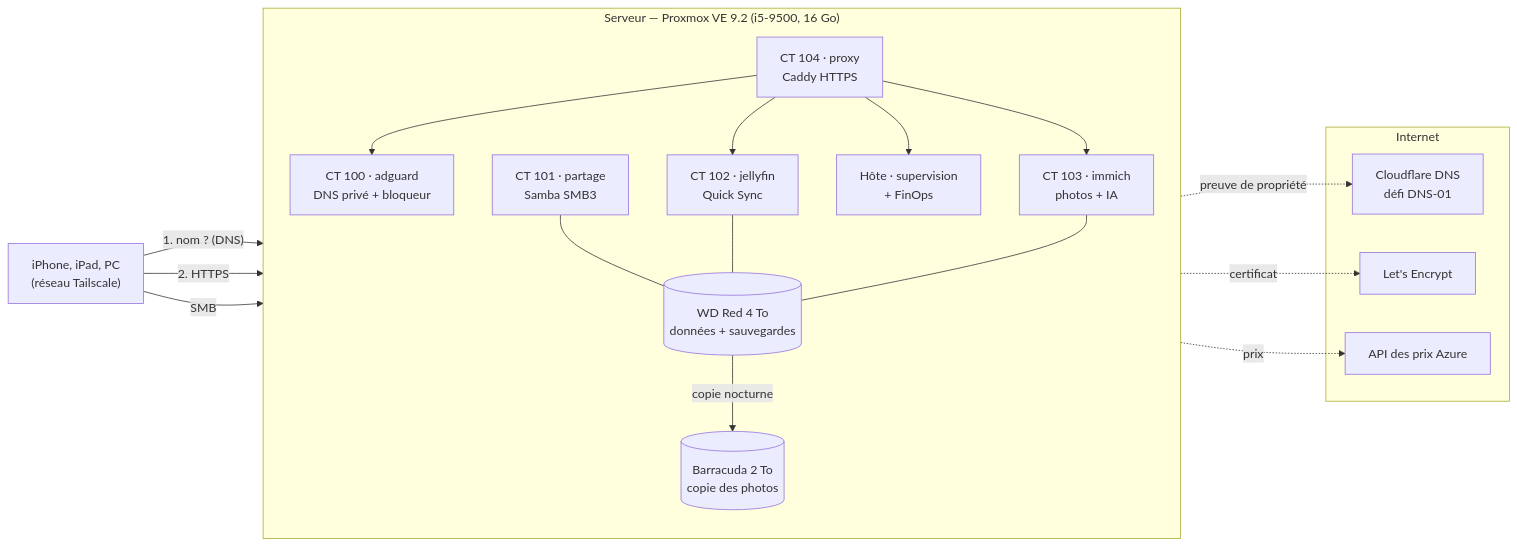
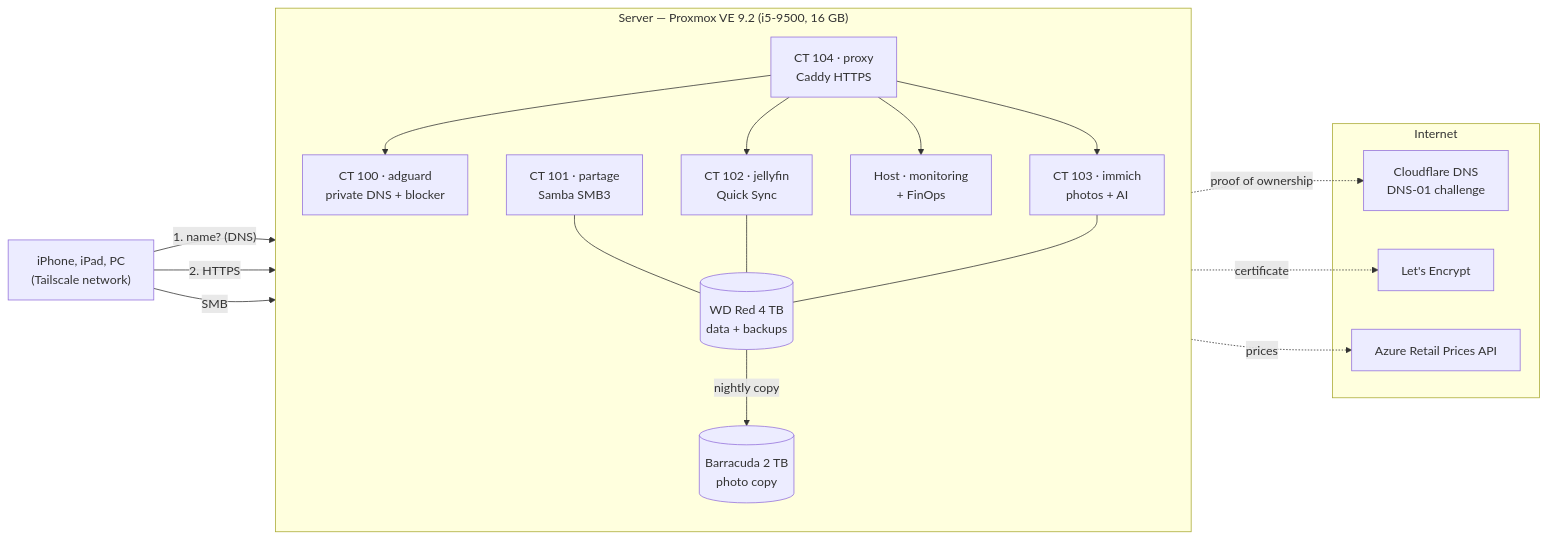
The diagram in README.md (antomge/home-cloud), drawn with Mermaid before and after one commit. The commit also changed other lines of this file and 70 other files, not shown here.

````diff
--- a/README.md
+++ b/README.md
@@ -15,32 +15,32 @@
 ```mermaid
 flowchart LR
-    A["iPhone, iPad, PC<br/>(réseau Tailscale)"]
+    A["iPhone, iPad, PC<br/>(Tailscale network)"]
 
     subgraph Internet
-        CF[Cloudflare DNS<br/>défi DNS-01]
+        CF[Cloudflare DNS<br/>DNS-01 challenge]
         LE[Let's Encrypt]
-        AZ[API des prix Azure]
+        AZ[Azure Retail Prices API]
     end
 
-    subgraph Serveur["Serveur — Proxmox VE 9.2 (i5-9500, 16 Go)"]
+    subgraph Serveur["Server — Proxmox VE 9.2 (i5-9500, 16 GB)"]
         direction TB
-        AG["CT 100 · adguard<br/>DNS privé + bloqueur"]
+        AG["CT 100 · adguard<br/>private DNS + blocker"]
         PX["CT 104 · proxy<br/>Caddy HTTPS"]
         SMB["CT 101 · partage<br/>Samba SMB3"]
         JF["CT 102 · jellyfin<br/>Quick Sync"]
-        IM["CT 103 · immich<br/>photos + IA"]
-        SUP["Hôte · supervision<br/>+ FinOps"]
-        WD[("WD Red 4 To<br/>données + sauvegardes")]
-        BA[("Barracuda 2 To<br/>copie des photos")]
+        IM["CT 103 · immich<br/>photos + AI"]
+        SUP["Host · monitoring<br/>+ FinOps"]
+        WD[("WD Red 4 TB<br/>data + backups")]
+        BA[("Barracuda 2 TB<br/>photo copy")]
     end
 
-    A -- "1. nom ? (DNS)" --> AG
+    A -- "1. name? (DNS)" --> AG
     A -- "2. HTTPS" --> PX
     A -- "SMB" --> SMB
     PX --> JF & IM & AG & SUP
-    PX -. certificat .-> LE
-    PX -. preuve de propriété .-> CF
-    SUP -. prix .-> AZ
+    PX -. certificate .-> LE
+    PX -. proof of ownership .-> CF
+    SUP -. prices .-> AZ
     SMB & JF & IM --- WD
-    WD -- "copie nocturne" --> BA
+    WD -- "nightly copy" --> BA
 ```
````
